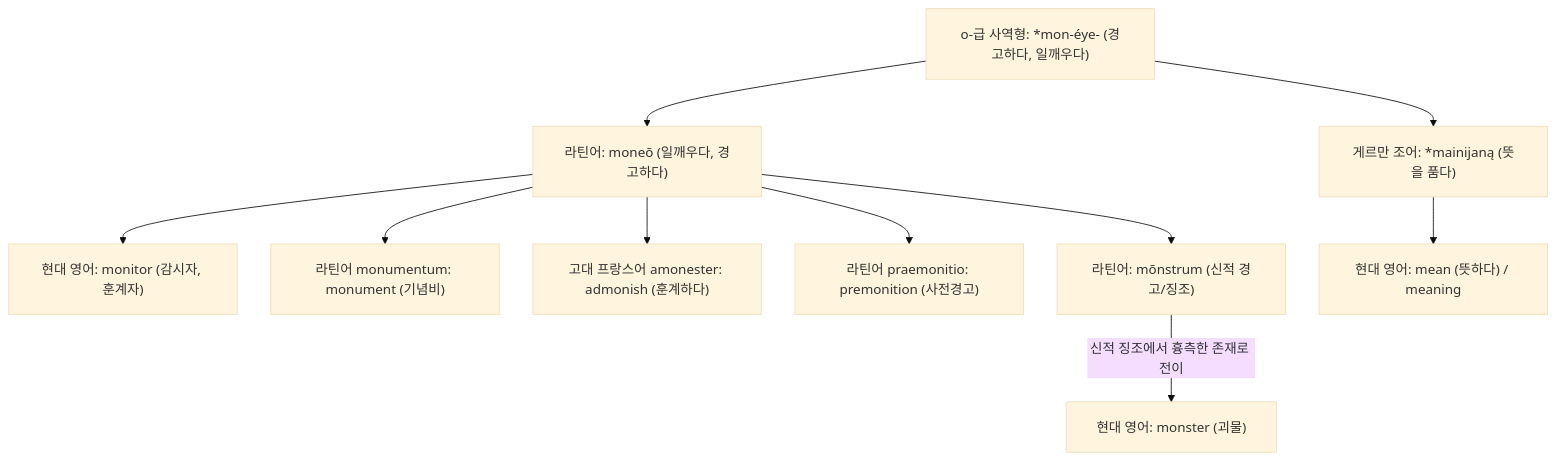
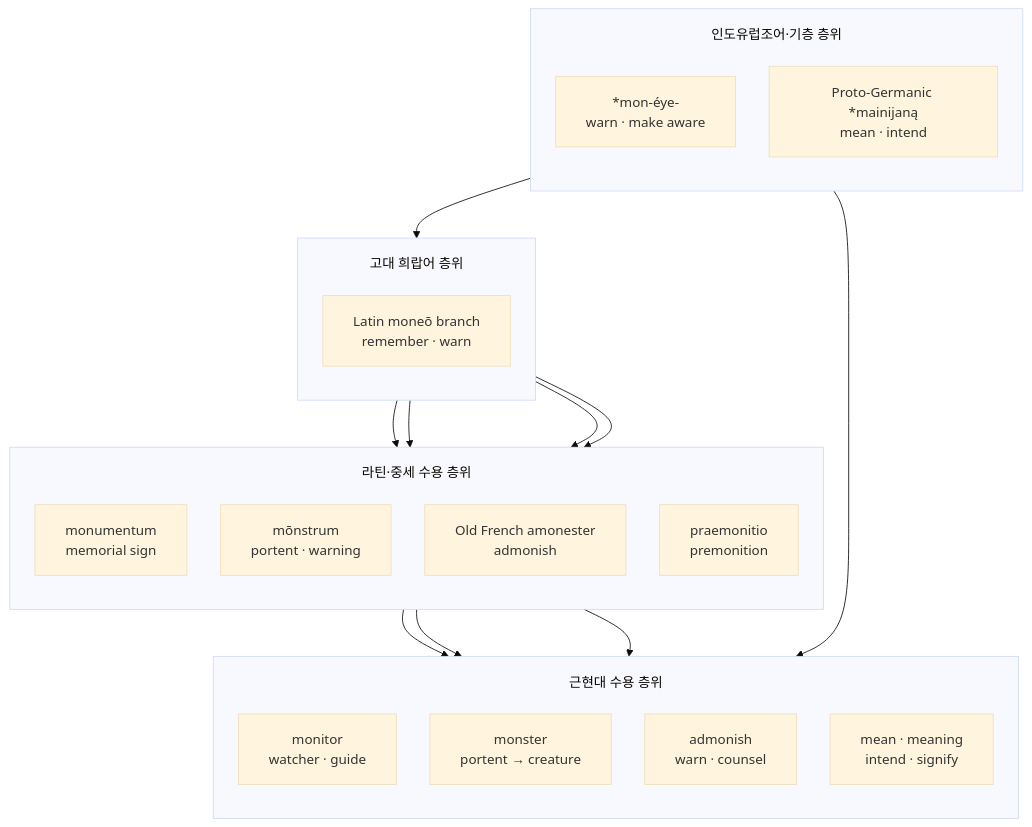
The third of 5 diagrams in words/word-menis.md (YgHnSIM/Homer_wiki), drawn with Mermaid (base theme) before and after one commit. The commit also changed other lines of this file, not shown here.

Commit message:
refactor(word-menis): Type C etymology Mermaid

````diff
--- a/words/word-menis.md
+++ b/words/word-menis.md
@@ -88,14 +124,36 @@
 ```mermaid
 %%{init: {'flowchart': {'useMaxWidth': true, 'nodeSpacing': 40, 'rankSpacing': 56, 'padding': 18, 'subGraphTitleMargin': {'top': 18, 'bottom': 10}}}}%%
 flowchart TD
-    OGRADE["o-급 사역형: *mon-éye- (경고하다, 일깨우다)"]
-    OGRADE --> LAT_MONEO["라틴어: moneō (일깨우다, 경고하다)"]
-    OGRADE --> GERM_MEAN["게르만 조어: *mainijaną (뜻을 품다)"]
-    LAT_MONEO --> MOD_MONITOR["현대 영어: monitor (감시자, 훈계자)"]
-    LAT_MONEO --> MOD_MONUMENT["라틴어 monumentum: monument (기념비)"]
-    LAT_MONEO --> MOD_ADMONISH["고대 프랑스어 amonester: admonish (훈계하다)"]
-    LAT_MONEO --> MOD_PREMON["라틴어 praemonitio: premonition (사전경고)"]
-    LAT_MONEO --> LAT_MONSTRUM["라틴어: mōnstrum (신적 경고/징조)"]
-    LAT_MONSTRUM -->|신적 징조에서 흉측한 존재로 전이| MOD_MONSTER["현대 영어: monster (괴물)"]
-    GERM_MEAN --> MOD_MEAN["현대 영어: mean (뜻하다) / meaning"]
+    subgraph PIE_Stage ["인도유럽조어·기층 층위"]
+        direction TB
+        OGRADE["*mon-éye-<br/>warn · make aware"]:::substrate
+        GERM["Proto-Germanic *mainijaną<br/>mean · intend"]:::substrate
+    end
+    subgraph Greek_Stage ["고대 희랍어 층위"]
+        direction TB
+        MONEO["Latin moneō branch<br/>remember · warn"]:::greek
+    end
+    subgraph Latin_Stage ["라틴·중세 수용 층위"]
+        direction TB
+        MONUMENTUM["monumentum<br/>memorial sign"]:::latin
+        MONSTRUM["mōnstrum<br/>portent · warning"]:::latin
+        AMONESTER["Old French amonester<br/>admonish"]:::latin
+        PREMON["praemonitio<br/>premonition"]:::latin
+        MONEO --> MONUMENTUM
+        MONEO --> MONSTRUM
+        MONEO --> AMONESTER
+        MONEO --> PREMON
+    end
+    subgraph Modern_Stage ["근현대 수용 층위"]
+        direction TB
+        MONITOR["monitor<br/>watcher · guide"]:::english
+        MONSTER["monster<br/>portent → creature"]:::english
+        ADMONISH["admonish<br/>warn · counsel"]:::english
+        MEAN["mean · meaning<br/>intend · signify"]:::english
+        MONUMENTUM --> MONITOR
+        MONSTRUM --> MONSTER
+        AMONESTER --> ADMONISH
+        GERM --> MEAN
+    end
+    OGRADE --> MONEO
 ```
````
